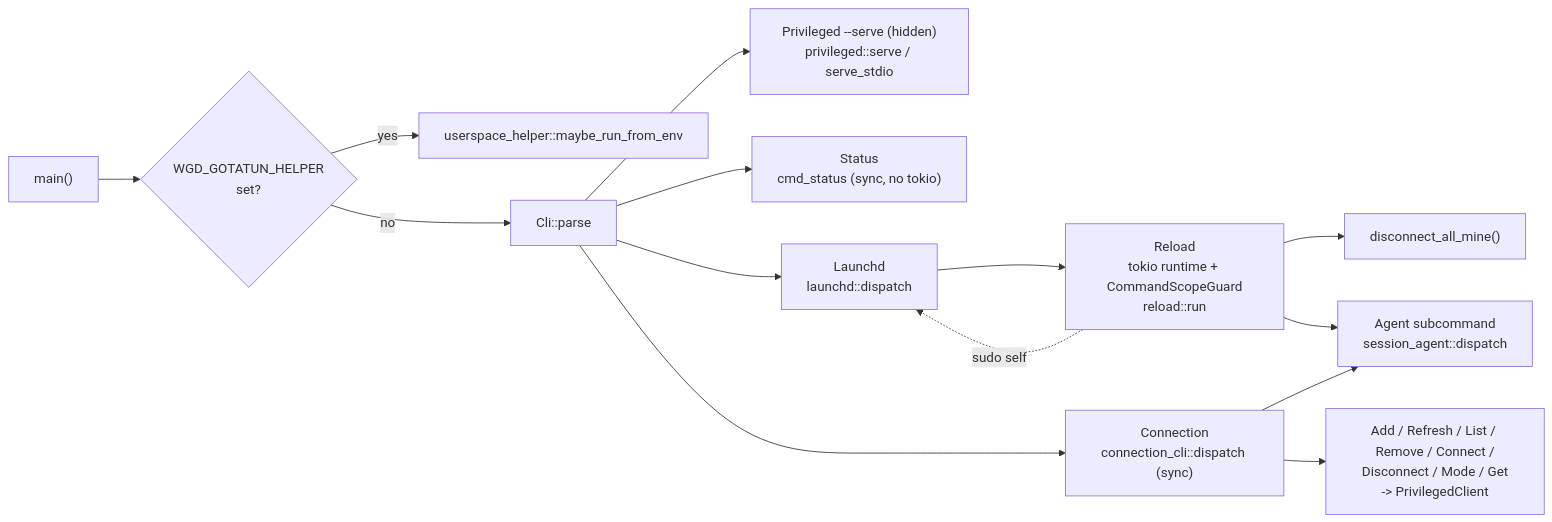
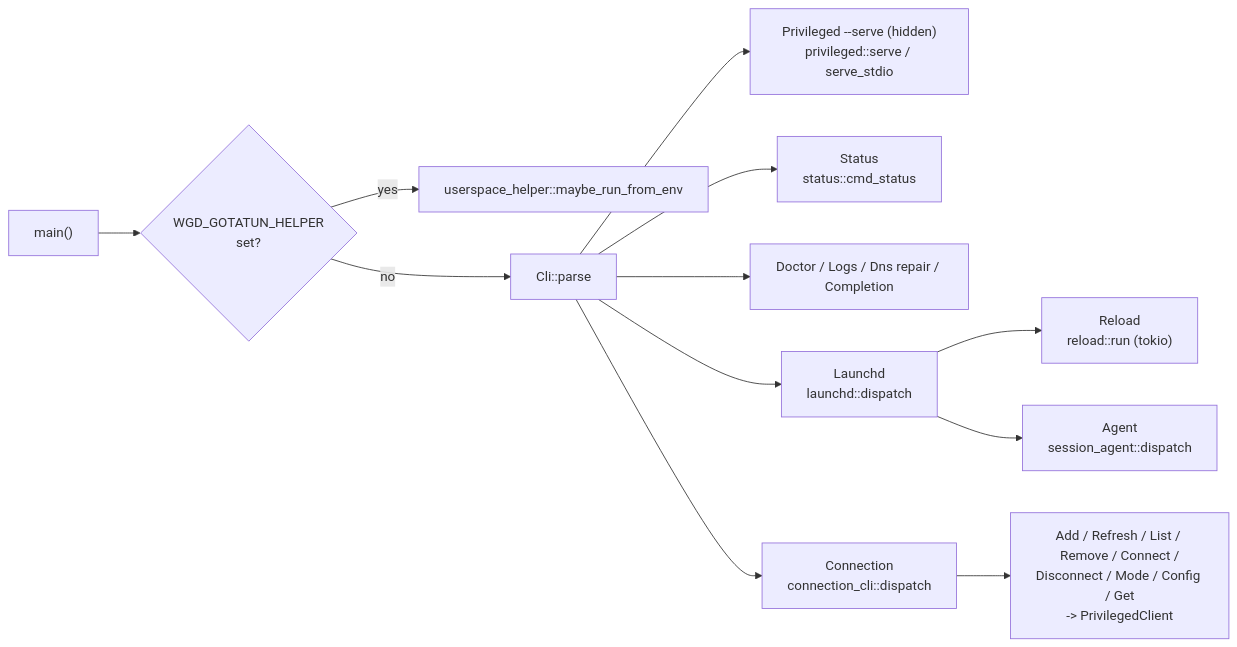
Before and after one commit to pansen/macos-wireguard-daemon: the fourth of 11 diagrams in doc/architecture.md, drawn with Mermaid. The commit also changed other lines of this file and 4 other files, not shown here.

````diff
--- a/doc/architecture.md
+++ b/doc/architecture.md
@@ -229,19 +193,15 @@
 ```mermaid
 flowchart LR
     MAIN["main()"] --> HELPERCHK{"WGD_GOTATUN_HELPER<br/>set?"}
     HELPERCHK -->|yes| UH["userspace_helper::maybe_run_from_env"]
     HELPERCHK -->|no| PARSE["Cli::parse"]
 
     PARSE --> PRIV["Privileged --serve (hidden)<br/>privileged::serve / serve_stdio"]
-    PARSE --> STATUS["Status<br/>cmd_status (sync, no tokio)"]
+    PARSE --> STATUS["Status<br/>status::cmd_status"]
+    PARSE --> MAINT["Doctor / Logs / Dns repair / Completion"]
     PARSE --> LAUNCHD["Launchd<br/>launchd::dispatch"]
-    PARSE --> CONN["Connection<br/>connection_cli::dispatch (sync)"]
-    LAUNCHD --> RELOAD["Reload<br/>tokio runtime + CommandScopeGuard<br/>reload::run"]
-
-    CONN --> AGENT["Agent subcommand<br/>session_agent::dispatch"]
-    CONN --> RPC["Add / Refresh / List / Remove / Connect /<br/>Disconnect / Mode / Get<br/>-> PrivilegedClient"]
-
-    RELOAD -.->|"sudo self"| LAUNCHD
-    RELOAD --> DISCALL["disconnect_all_mine()"]
-    RELOAD --> AGENT
+    PARSE --> CONN["Connection<br/>connection_cli::dispatch"]
+    LAUNCHD --> RELOAD["Reload<br/>reload::run (tokio)"]
+    LAUNCHD --> AGENT["Agent<br/>session_agent::dispatch"]
+    CONN --> RPC["Add / Refresh / List / Remove / Connect /<br/>Disconnect / Mode / Config / Get<br/>-> PrivilegedClient"]
 ```
````
